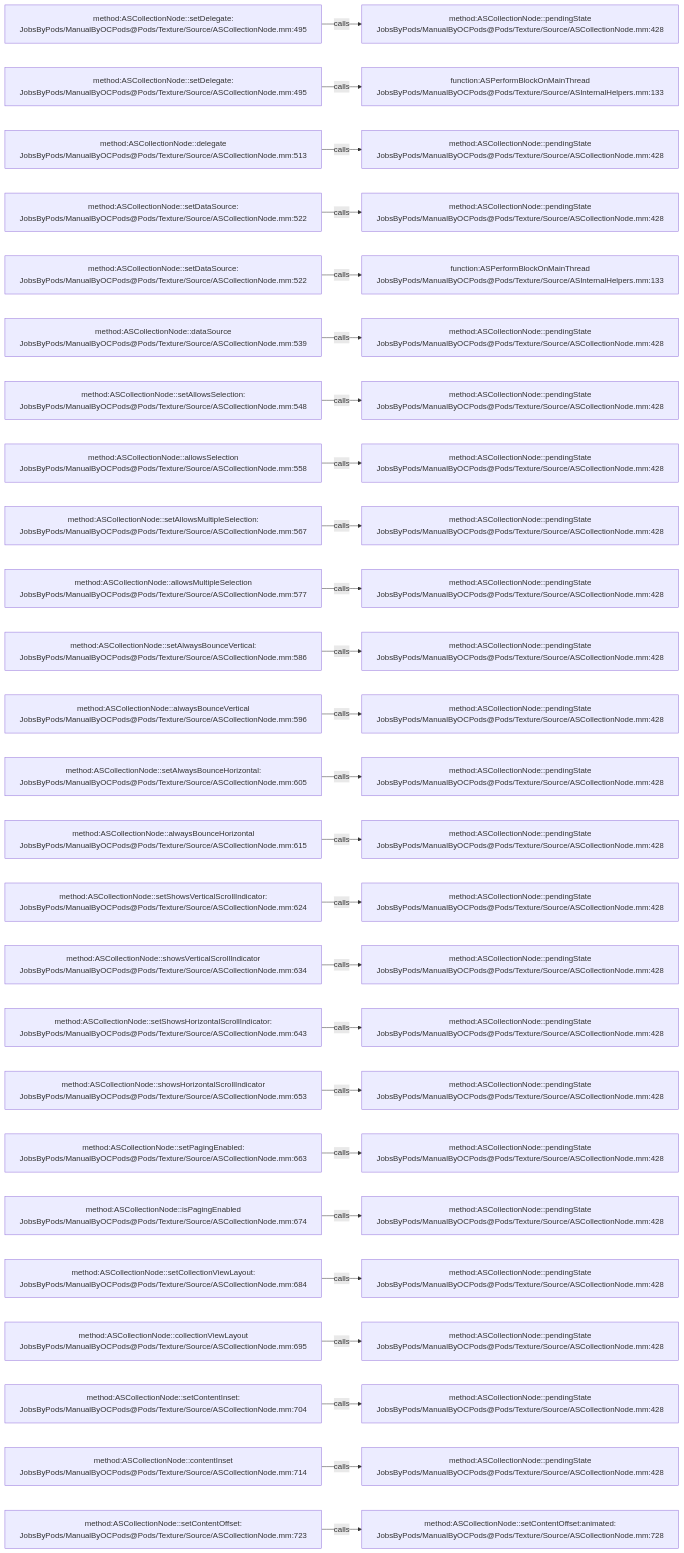
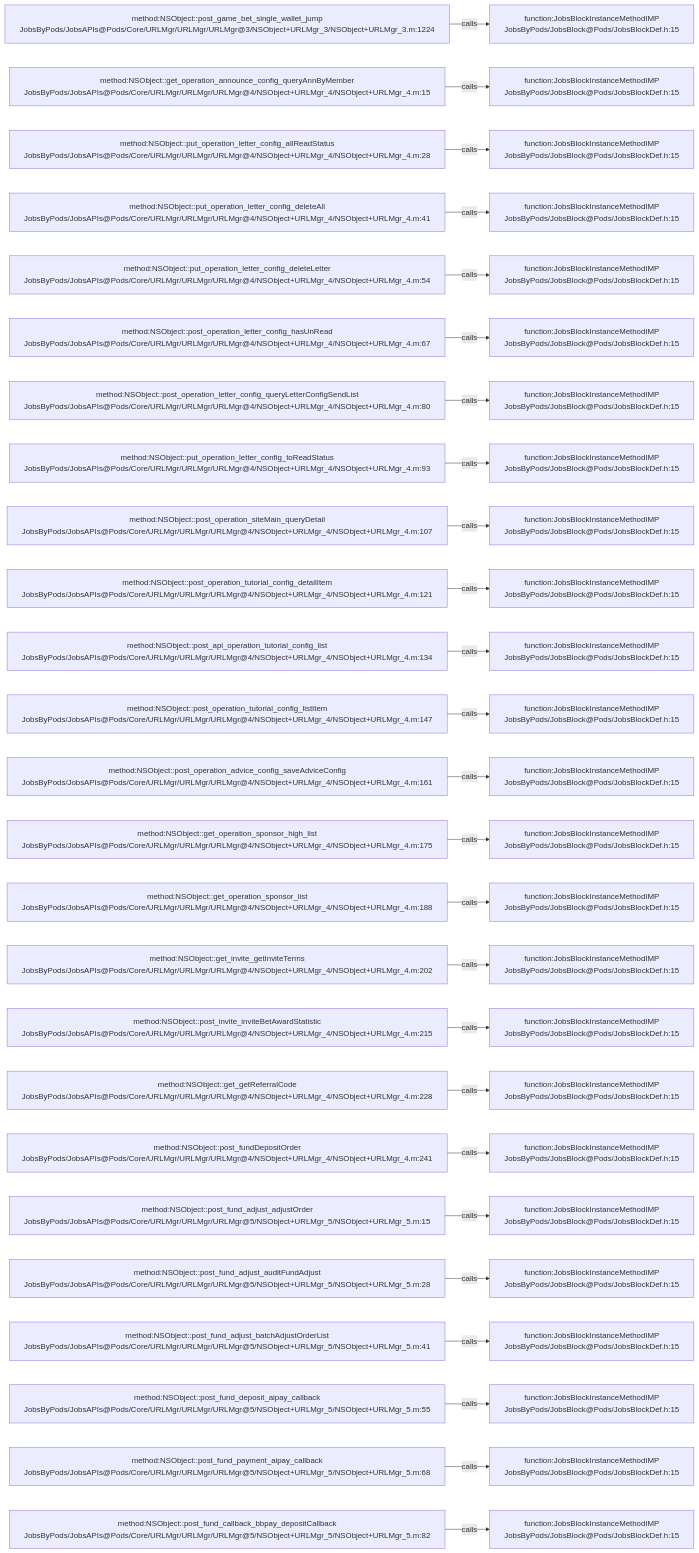
The diagram in .codegraph/codegraph.md/graphs/calls-063.md (JobsKits/JobsOCBaseConfigDemo), drawn with Mermaid before and after one commit. The commit also changed 768 other files, not shown here.

````diff
--- a/.codegraph/codegraph.md/graphs/calls-063.md
+++ b/.codegraph/codegraph.md/graphs/calls-063.md
@@ -13,78 +13,78 @@
 ```mermaid
 flowchart LR
-  S1["method:ASCollectionNode::setDelegate:<br/>JobsByPods/ManualByOCPods@Pods/Texture/Source/ASCollectionNode.mm:495"]
-  T1["method:ASCollectionNode::pendingState<br/>JobsByPods/ManualByOCPods@Pods/Texture/Source/ASCollectionNode.mm:428"]
+  S1["method:NSObject::post_game_bet_single_wallet_jump<br/>JobsByPods/JobsAPIs@Pods/Core/URLMgr/URLMgr/URLMgr@3/NSObject+URLMgr_3/NSObject+URLMgr_3.m:1224"]
+  T1["function:JobsBlockInstanceMethodIMP<br/>JobsByPods/JobsBlock@Pods/JobsBlockDef.h:15"]
   S1 -->|calls| T1
-  S2["method:ASCollectionNode::setDelegate:<br/>JobsByPods/ManualByOCPods@Pods/Texture/Source/ASCollectionNode.mm:495"]
-  T2["function:ASPerformBlockOnMainThread<br/>JobsByPods/ManualByOCPods@Pods/Texture/Source/ASInternalHelpers.mm:133"]
+  S2["method:NSObject::get_operation_announce_config_queryAnnByMember<br/>JobsByPods/JobsAPIs@Pods/Core/URLMgr/URLMgr/URLMgr@4/NSObject+URLMgr_4/NSObject+URLMgr_4.m:15"]
+  T2["function:JobsBlockInstanceMethodIMP<br/>JobsByPods/JobsBlock@Pods/JobsBlockDef.h:15"]
   S2 -->|calls| T2
-  S3["method:ASCollectionNode::delegate<br/>JobsByPods/ManualByOCPods@Pods/Texture/Source/ASCollectionNode.mm:513"]
-  T3["method:ASCollectionNode::pendingState<br/>JobsByPods/ManualByOCPods@Pods/Texture/Source/ASCollectionNode.mm:428"]
+  S3["method:NSObject::put_operation_letter_config_allReadStatus<br/>JobsByPods/JobsAPIs@Pods/Core/URLMgr/URLMgr/URLMgr@4/NSObject+URLMgr_4/NSObject+URLMgr_4.m:28"]
+  T3["function:JobsBlockInstanceMethodIMP<br/>JobsByPods/JobsBlock@Pods/JobsBlockDef.h:15"]
   S3 -->|calls| T3
-  S4["method:ASCollectionNode::setDataSource:<br/>JobsByPods/ManualByOCPods@Pods/Texture/Source/ASCollectionNode.mm:522"]
-  T4["method:ASCollectionNode::pendingState<br/>JobsByPods/ManualByOCPods@Pods/Texture/Source/ASCollectionNode.mm:428"]
+  S4["method:NSObject::put_operation_letter_config_deleteAll<br/>JobsByPods/JobsAPIs@Pods/Core/URLMgr/URLMgr/URLMgr@4/NSObject+URLMgr_4/NSObject+URLMgr_4.m:41"]
+  T4["function:JobsBlockInstanceMethodIMP<br/>JobsByPods/JobsBlock@Pods/JobsBlockDef.h:15"]
   S4 -->|calls| T4
-  S5["method:ASCollectionNode::setDataSource:<br/>JobsByPods/ManualByOCPods@Pods/Texture/Source/ASCollectionNode.mm:522"]
-  T5["function:ASPerformBlockOnMainThread<br/>JobsByPods/ManualByOCPods@Pods/Texture/Source/ASInternalHelpers.mm:133"]
+  S5["method:NSObject::put_operation_letter_config_deleteLetter<br/>JobsByPods/JobsAPIs@Pods/Core/URLMgr/URLMgr/URLMgr@4/NSObject+URLMgr_4/NSObject+URLMgr_4.m:54"]
+  T5["function:JobsBlockInstanceMethodIMP<br/>JobsByPods/JobsBlock@Pods/JobsBlockDef.h:15"]
   S5 -->|calls| T5
-  S6["method:ASCollectionNode::dataSource<br/>JobsByPods/ManualByOCPods@Pods/Texture/Source/ASCollectionNode.mm:539"]
-  T6["method:ASCollectionNode::pendingState<br/>JobsByPods/ManualByOCPods@Pods/Texture/Source/ASCollectionNode.mm:428"]
+  S6["method:NSObject::post_operation_letter_config_hasUnRead<br/>JobsByPods/JobsAPIs@Pods/Core/URLMgr/URLMgr/URLMgr@4/NSObject+URLMgr_4/NSObject+URLMgr_4.m:67"]
+  T6["function:JobsBlockInstanceMethodIMP<br/>JobsByPods/JobsBlock@Pods/JobsBlockDef.h:15"]
   S6 -->|calls| T6
-  S7["method:ASCollectionNode::setAllowsSelection:<br/>JobsByPods/ManualByOCPods@Pods/Texture/Source/ASCollectionNode.mm:548"]
-  T7["method:ASCollectionNode::pendingState<br/>JobsByPods/ManualByOCPods@Pods/Texture/Source/ASCollectionNode.mm:428"]
+  S7["method:NSObject::post_operation_letter_config_queryLetterConfigSendList<br/>JobsByPods/JobsAPIs@Pods/Core/URLMgr/URLMgr/URLMgr@4/NSObject+URLMgr_4/NSObject+URLMgr_4.m:80"]
+  T7["function:JobsBlockInstanceMethodIMP<br/>JobsByPods/JobsBlock@Pods/JobsBlockDef.h:15"]
   S7 -->|calls| T7
-  S8["method:ASCollectionNode::allowsSelection<br/>JobsByPods/ManualByOCPods@Pods/Texture/Source/ASCollectionNode.mm:558"]
-  T8["method:ASCollectionNode::pendingState<br/>JobsByPods/ManualByOCPods@Pods/Texture/Source/ASCollectionNode.mm:428"]
+  S8["method:NSObject::put_operation_letter_config_toReadStatus<br/>JobsByPods/JobsAPIs@Pods/Core/URLMgr/URLMgr/URLMgr@4/NSObject+URLMgr_4/NSObject+URLMgr_4.m:93"]
+  T8["function:JobsBlockInstanceMethodIMP<br/>JobsByPods/JobsBlock@Pods/JobsBlockDef.h:15"]
   S8 -->|calls| T8
-  S9["method:ASCollectionNode::setAllowsMultipleSelection:<br/>JobsByPods/ManualByOCPods@Pods/Texture/Source/ASCollectionNode.mm:567"]
-  T9["method:ASCollectionNode::pendingState<br/>JobsByPods/ManualByOCPods@Pods/Texture/Source/ASCollectionNode.mm:428"]
+  S9["method:NSObject::post_operation_siteMain_queryDetail<br/>JobsByPods/JobsAPIs@Pods/Core/URLMgr/URLMgr/URLMgr@4/NSObject+URLMgr_4/NSObject+URLMgr_4.m:107"]
+  T9["function:JobsBlockInstanceMethodIMP<br/>JobsByPods/JobsBlock@Pods/JobsBlockDef.h:15"]
   S9 -->|calls| T9
-  S10["method:ASCollectionNode::allowsMultipleSelection<br/>JobsByPods/ManualByOCPods@Pods/Texture/Source/ASCollectionNode.mm:577"]
-  T10["method:ASCollectionNode::pendingState<br/>JobsByPods/ManualByOCPods@Pods/Texture/Source/ASCollectionNode.mm:428"]
+  S10["method:NSObject::post_operation_tutorial_config_detailItem<br/>JobsByPods/JobsAPIs@Pods/Core/URLMgr/URLMgr/URLMgr@4/NSObject+URLMgr_4/NSObject+URLMgr_4.m:121"]
+  T10["function:JobsBlockInstanceMethodIMP<br/>JobsByPods/JobsBlock@Pods/JobsBlockDef.h:15"]
   S10 -->|calls| T10
-  S11["method:ASCollectionNode::setAlwaysBounceVertical:<br/>JobsByPods/ManualByOCPods@Pods/Texture/Source/ASCollectionNode.mm:586"]
-  T11["method:ASCollectionNode::pendingState<br/>JobsByPods/ManualByOCPods@Pods/Texture/Source/ASCollectionNode.mm:428"]
+  S11["method:NSObject::post_api_operation_tutorial_config_list<br/>JobsByPods/JobsAPIs@Pods/Core/URLMgr/URLMgr/URLMgr@4/NSObject+URLMgr_4/NSObject+URLMgr_4.m:134"]
+  T11["function:JobsBlockInstanceMethodIMP<br/>JobsByPods/JobsBlock@Pods/JobsBlockDef.h:15"]
   S11 -->|calls| T11
-  S12["method:ASCollectionNode::alwaysBounceVertical<br/>JobsByPods/ManualByOCPods@Pods/Texture/Source/ASCollectionNode.mm:596"]
-  T12["method:ASCollectionNode::pendingState<br/>JobsByPods/ManualByOCPods@Pods/Texture/Source/ASCollectionNode.mm:428"]
+  S12["method:NSObject::post_operation_tutorial_config_listItem<br/>JobsByPods/JobsAPIs@Pods/Core/URLMgr/URLMgr/URLMgr@4/NSObject+URLMgr_4/NSObject+URLMgr_4.m:147"]
+  T12["function:JobsBlockInstanceMethodIMP<br/>JobsByPods/JobsBlock@Pods/JobsBlockDef.h:15"]
   S12 -->|calls| T12
-  S13["method:ASCollectionNode::setAlwaysBounceHorizontal:<br/>JobsByPods/ManualByOCPods@Pods/Texture/Source/ASCollectionNode.mm:605"]
-  T13["method:ASCollectionNode::pendingState<br/>JobsByPods/ManualByOCPods@Pods/Texture/Source/ASCollectionNode.mm:428"]
+  S13["method:NSObject::post_operation_advice_config_saveAdviceConfig<br/>JobsByPods/JobsAPIs@Pods/Core/URLMgr/URLMgr/URLMgr@4/NSObject+URLMgr_4/NSObject+URLMgr_4.m:161"]
+  T13["function:JobsBlockInstanceMethodIMP<br/>JobsByPods/JobsBlock@Pods/JobsBlockDef.h:15"]
   S13 -->|calls| T13
-  S14["method:ASCollectionNode::alwaysBounceHorizontal<br/>JobsByPods/ManualByOCPods@Pods/Texture/Source/ASCollectionNode.mm:615"]
-  T14["method:ASCollectionNode::pendingState<br/>JobsByPods/ManualByOCPods@Pods/Texture/Source/ASCollectionNode.mm:428"]
+  S14["method:NSObject::get_operation_sponsor_high_list<br/>JobsByPods/JobsAPIs@Pods/Core/URLMgr/URLMgr/URLMgr@4/NSObject+URLMgr_4/NSObject+URLMgr_4.m:175"]
+  T14["function:JobsBlockInstanceMethodIMP<br/>JobsByPods/JobsBlock@Pods/JobsBlockDef.h:15"]
   S14 -->|calls| T14
-  S15["method:ASCollectionNode::setShowsVerticalScrollIndicator:<br/>JobsByPods/ManualByOCPods@Pods/Texture/Source/ASCollectionNode.mm:624"]
-  T15["method:ASCollectionNode::pendingState<br/>JobsByPods/ManualByOCPods@Pods/Texture/Source/ASCollectionNode.mm:428"]
+  S15["method:NSObject::get_operation_sponsor_list<br/>JobsByPods/JobsAPIs@Pods/Core/URLMgr/URLMgr/URLMgr@4/NSObject+URLMgr_4/NSObject+URLMgr_4.m:188"]
+  T15["function:JobsBlockInstanceMethodIMP<br/>JobsByPods/JobsBlock@Pods/JobsBlockDef.h:15"]
   S15 -->|calls| T15
-  S16["method:ASCollectionNode::showsVerticalScrollIndicator<br/>JobsByPods/ManualByOCPods@Pods/Texture/Source/ASCollectionNode.mm:634"]
-  T16["method:ASCollectionNode::pendingState<br/>JobsByPods/ManualByOCPods@Pods/Texture/Source/ASCollectionNode.mm:428"]
+  S16["method:NSObject::get_invite_getInviteTerms<br/>JobsByPods/JobsAPIs@Pods/Core/URLMgr/URLMgr/URLMgr@4/NSObject+URLMgr_4/NSObject+URLMgr_4.m:202"]
+  T16["function:JobsBlockInstanceMethodIMP<br/>JobsByPods/JobsBlock@Pods/JobsBlockDef.h:15"]
   S16 -->|calls| T16
-  S17["method:ASCollectionNode::setShowsHorizontalScrollIndicator:<br/>JobsByPods/ManualByOCPods@Pods/Texture/Source/ASCollectionNode.mm:643"]
-  T17["method:ASCollectionNode::pendingState<br/>JobsByPods/ManualByOCPods@Pods/Texture/Source/ASCollectionNode.mm:428"]
+  S17["method:NSObject::post_invite_inviteBetAwardStatistic<br/>JobsByPods/JobsAPIs@Pods/Core/URLMgr/URLMgr/URLMgr@4/NSObject+URLMgr_4/NSObject+URLMgr_4.m:215"]
+  T17["function:JobsBlockInstanceMethodIMP<br/>JobsByPods/JobsBlock@Pods/JobsBlockDef.h:15"]
   S17 -->|calls| T17
-  S18["method:ASCollectionNode::showsHorizontalScrollIndicator<br/>JobsByPods/ManualByOCPods@Pods/Texture/Source/ASCollectionNode.mm:653"]
-  T18["method:ASCollectionNode::pendingState<br/>JobsByPods/ManualByOCPods@Pods/Texture/Source/ASCollectionNode.mm:428"]
+  S18["method:NSObject::get_getReferralCode<br/>JobsByPods/JobsAPIs@Pods/Core/URLMgr/URLMgr/URLMgr@4/NSObject+URLMgr_4/NSObject+URLMgr_4.m:228"]
+  T18["function:JobsBlockInstanceMethodIMP<br/>JobsByPods/JobsBlock@Pods/JobsBlockDef.h:15"]
   S18 -->|calls| T18
-  S19["method:ASCollectionNode::setPagingEnabled:<br/>JobsByPods/ManualByOCPods@Pods/Texture/Source/ASCollectionNode.mm:663"]
-  T19["method:ASCollectionNode::pendingState<br/>JobsByPods/ManualByOCPods@Pods/Texture/Source/ASCollectionNode.mm:428"]
+  S19["method:NSObject::post_fundDepositOrder<br/>JobsByPods/JobsAPIs@Pods/Core/URLMgr/URLMgr/URLMgr@4/NSObject+URLMgr_4/NSObject+URLMgr_4.m:241"]
+  T19["function:JobsBlockInstanceMethodIMP<br/>JobsByPods/JobsBlock@Pods/JobsBlockDef.h:15"]
   S19 -->|calls| T19
-  S20["method:ASCollectionNode::isPagingEnabled<br/>JobsByPods/ManualByOCPods@Pods/Texture/Source/ASCollectionNode.mm:674"]
-  T20["method:ASCollectionNode::pendingState<br/>JobsByPods/ManualByOCPods@Pods/Texture/Source/ASCollectionNode.mm:428"]
+  S20["method:NSObject::post_fund_adjust_adjustOrder<br/>JobsByPods/JobsAPIs@Pods/Core/URLMgr/URLMgr/URLMgr@5/NSObject+URLMgr_5/NSObject+URLMgr_5.m:15"]
+  T20["function:JobsBlockInstanceMethodIMP<br/>JobsByPods/JobsBlock@Pods/JobsBlockDef.h:15"]
   S20 -->|calls| T20
-  S21["method:ASCollectionNode::setCollectionViewLayout:<br/>JobsByPods/ManualByOCPods@Pods/Texture/Source/ASCollectionNode.mm:684"]
-  T21["method:ASCollectionNode::pendingState<br/>JobsByPods/ManualByOCPods@Pods/Texture/Source/ASCollectionNode.mm:428"]
+  S21["method:NSObject::post_fund_adjust_auditFundAdjust<br/>JobsByPods/JobsAPIs@Pods/Core/URLMgr/URLMgr/URLMgr@5/NSObject+URLMgr_5/NSObject+URLMgr_5.m:28"]
+  T21["function:JobsBlockInstanceMethodIMP<br/>JobsByPods/JobsBlock@Pods/JobsBlockDef.h:15"]
   S21 -->|calls| T21
-  S22["method:ASCollectionNode::collectionViewLayout<br/>JobsByPods/ManualByOCPods@Pods/Texture/Source/ASCollectionNode.mm:695"]
-  T22["method:ASCollectionNode::pendingState<br/>JobsByPods/ManualByOCPods@Pods/Texture/Source/ASCollectionNode.mm:428"]
+  S22["method:NSObject::post_fund_adjust_batchAdjustOrderList<br/>JobsByPods/JobsAPIs@Pods/Core/URLMgr/URLMgr/URLMgr@5/NSObject+URLMgr_5/NSObject+URLMgr_5.m:41"]
+  T22["function:JobsBlockInstanceMethodIMP<br/>JobsByPods/JobsBlock@Pods/JobsBlockDef.h:15"]
   S22 -->|calls| T22
-  S23["method:ASCollectionNode::setContentInset:<br/>JobsByPods/ManualByOCPods@Pods/Texture/Source/ASCollectionNode.mm:704"]
-  T23["method:ASCollectionNode::pendingState<br/>JobsByPods/ManualByOCPods@Pods/Texture/Source/ASCollectionNode.mm:428"]
+  S23["method:NSObject::post_fund_deposit_aipay_callback<br/>JobsByPods/JobsAPIs@Pods/Core/URLMgr/URLMgr/URLMgr@5/NSObject+URLMgr_5/NSObject+URLMgr_5.m:55"]
+  T23["function:JobsBlockInstanceMethodIMP<br/>JobsByPods/JobsBlock@Pods/JobsBlockDef.h:15"]
   S23 -->|calls| T23
-  S24["method:ASCollectionNode::contentInset<br/>JobsByPods/ManualByOCPods@Pods/Texture/Source/ASCollectionNode.mm:714"]
-  T24["method:ASCollectionNode::pendingState<br/>JobsByPods/ManualByOCPods@Pods/Texture/Source/ASCollectionNode.mm:428"]
+  S24["method:NSObject::post_fund_payment_aipay_callback<br/>JobsByPods/JobsAPIs@Pods/Core/URLMgr/URLMgr/URLMgr@5/NSObject+URLMgr_5/NSObject+URLMgr_5.m:68"]
+  T24["function:JobsBlockInstanceMethodIMP<br/>JobsByPods/JobsBlock@Pods/JobsBlockDef.h:15"]
   S24 -->|calls| T24
-  S25["method:ASCollectionNode::setContentOffset:<br/>JobsByPods/ManualByOCPods@Pods/Texture/Source/ASCollectionNode.mm:723"]
-  T25["method:ASCollectionNode::setContentOffset:animated:<br/>JobsByPods/ManualByOCPods@Pods/Texture/Source/ASCollectionNode.mm:728"]
+  S25["method:NSObject::post_fund_callback_bbpay_depositCallback<br/>JobsByPods/JobsAPIs@Pods/Core/URLMgr/URLMgr/URLMgr@5/NSObject+URLMgr_5/NSObject+URLMgr_5.m:82"]
+  T25["function:JobsBlockInstanceMethodIMP<br/>JobsByPods/JobsBlock@Pods/JobsBlockDef.h:15"]
   S25 -->|calls| T25
 ```
````
